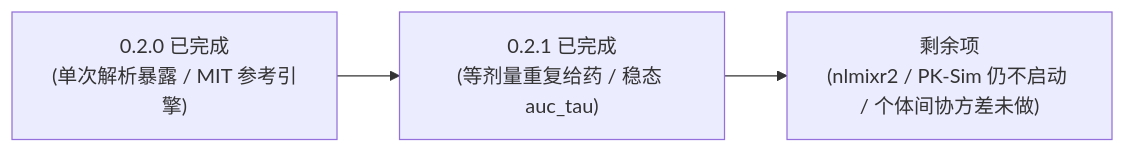
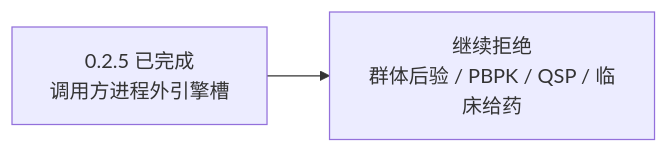
One commit to JianyunZhang/PharmacoWeave changed the second of 2 diagrams in docs/project-evaluation.md. Above: the diagram before and after it, drawn with Mermaid. The commit also changed other lines of this file and 60 other files, not shown here.

````diff
--- a/docs/project-evaluation.md
+++ b/docs/project-evaluation.md
@@ -67,5 +94,4 @@
 ```mermaid
 flowchart LR
-    M9["0.2.0 已完成<br/>(单次解析暴露 / MIT 参考引擎)"] --> M10["0.2.1 已完成<br/>(等剂量重复给药 / 稳态 auc_tau)"]
-    M10 --> P4["剩余项<br/>(nlmixr2 / PK-Sim 仍不启动 / 个体间协方差未做)"]
+    Done["0.2.5 已完成<br/>调用方进程外引擎槽"] --> Held["继续拒绝<br/>群体后验 / PBPK / QSP / 临床给药"]
 ```
````
